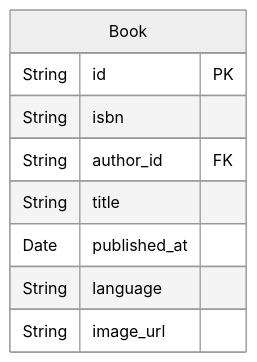
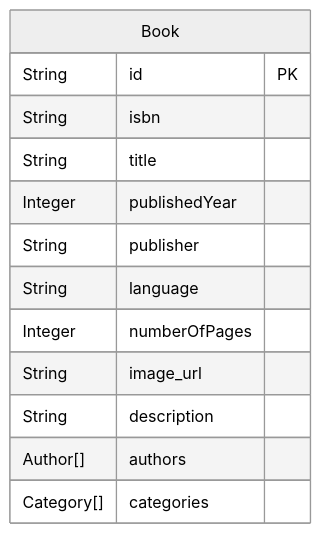
One commit to dung204/Library_Management_PRJ301 changed the third of 8 diagrams in README.md. Above: the diagram before and after it, drawn with Mermaid (neutral theme). The commit also changed other lines of this file, not shown here.

````diff
--- a/README.md
+++ b/README.md
@@ -109,16 +161,16 @@
 ```mermaid
 erDiagram
     Book {
         String id PK
-
-        %% ISBN is unique
         String isbn
-
-        String author_id FK
-
         String title
-        Date published_at
+        Integer publishedYear
+        String publisher
         String language
+        Integer numberOfPages
         String image_url
+        String description
+        Author[] authors
+        Category[] categories
     }
 ```
````
